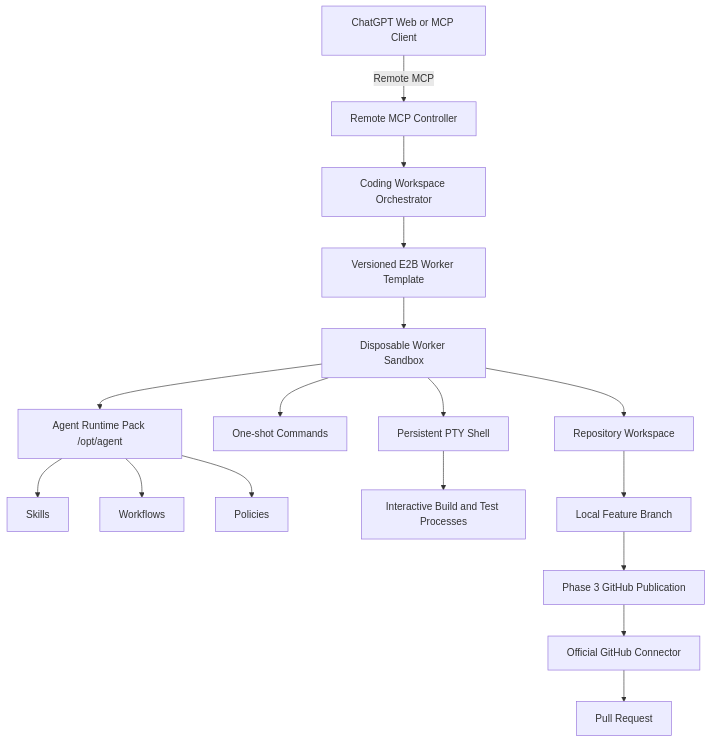
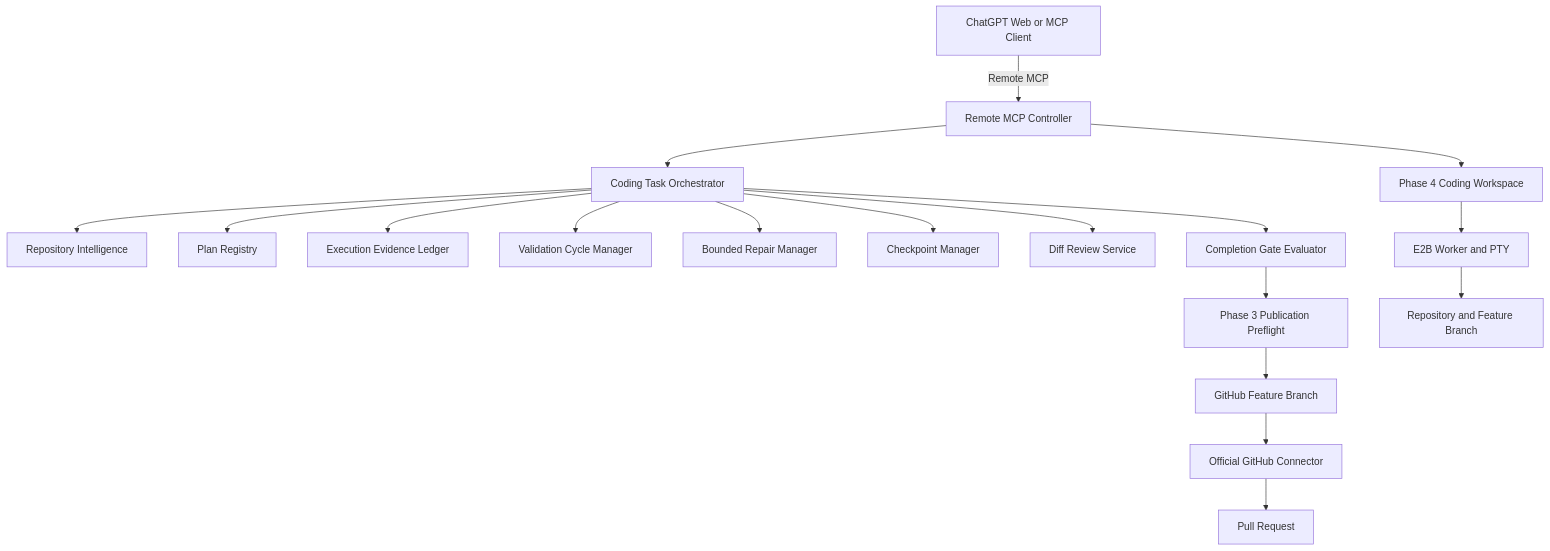
Before and after one commit to imMamdouhaboammar/e2b-agent-runtime: the diagram in ARCHITECTURE_MAP.md, drawn with Mermaid. The commit also changed other lines of this file and 9 other files, not shown here.

Commit message:
docs: update ARCHITECTURE_MAP.md, README.md, workflow policies, and package scripts

````diff
--- a/ARCHITECTURE_MAP.md
+++ b/ARCHITECTURE_MAP.md
@@ -9,19 +9,20 @@
 ```mermaid
 flowchart TD
     A[ChatGPT Web or MCP Client] -->|Remote MCP| B[Remote MCP Controller]
-    B --> C[Coding Workspace Orchestrator]
-    C --> D[Versioned E2B Worker Template]
-    D --> E[Disposable Worker Sandbox]
-    E --> F[Persistent PTY Shell]
-    E --> G[One-shot Commands]
-    E --> H[Repository Workspace]
-    E --> I[Agent Runtime Pack /opt/agent]
-    I --> J[Skills]
-    I --> K[Workflows]
-    I --> L[Policies]
-    F --> M[Interactive Build and Test Processes]
-    H --> N[Local Feature Branch]
-    N --> O[Phase 3 GitHub Publication]
-    O --> P[Official GitHub Connector]
-    P --> Q[Pull Request]
+    B --> C[Coding Task Orchestrator]
+    C --> D[Repository Intelligence]
+    C --> E[Plan Registry]
+    C --> F[Execution Evidence Ledger]
+    C --> G[Validation Cycle Manager]
+    C --> H[Bounded Repair Manager]
+    C --> I[Checkpoint Manager]
+    C --> J[Diff Review Service]
+    C --> K[Completion Gate Evaluator]
+    B --> L[Phase 4 Coding Workspace]
+    L --> M[E2B Worker and PTY]
+    M --> N[Repository and Feature Branch]
+    K --> O[Phase 3 Publication Preflight]
+    O --> P[GitHub Feature Branch]
+    P --> Q[Official GitHub Connector]
+    Q --> R[Pull Request]
 ```
````
